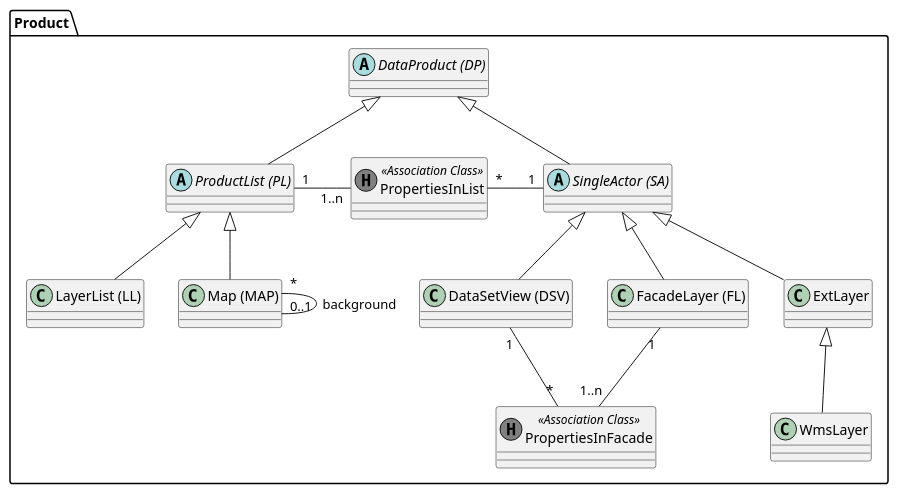
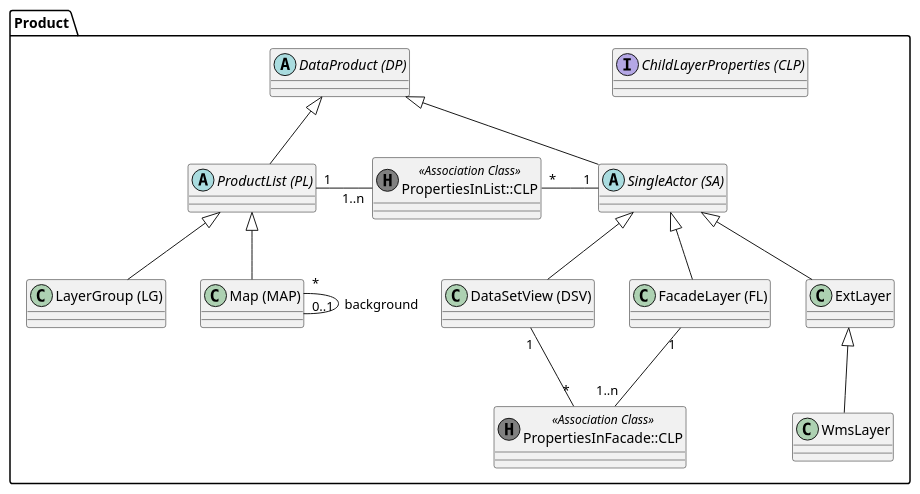
Before and after one commit to sogis/simi: the diagram in code/doc/puml/src/product.puml, drawn with PlantUML. The commit also changed 4 other files, not shown here.

```diff
--- a/code/doc/puml/src/product.puml
+++ b/code/doc/puml/src/product.puml
@@ -1,39 +1,40 @@
 @startuml
 package Product {
+  interface "ChildLayerProperties (CLP)" as clp
   abstract class "DataProduct (DP)" as dp
 
   abstract class "ProductList (PL)" as pl
-  class "LayerList (LL)" as ll
+  class "LayerGroup (LG)" as lg
   class "Map (MAP)" as map
 
   abstract class "SingleActor (SA)" as sa
   class "FacadeLayer (FL)" as fl
   class "DataSetView (DSV)" as dsv
   class "ExtLayer" as el
   class "WmsLayer" as wl
 
-  class "PropertiesInFacade" as pif << (H, grey) Association Class >>
-  class "PropertiesInList" as pil << (H, grey) Association Class >>
+  class "PropertiesInFacade::CLP" as pif << (H, grey) Association Class >>
+  class "PropertiesInList::CLP" as pil << (H, grey) Association Class >>
 
   dp <|-- pl
 
-  pl <|-- ll
+  pl <|-- lg
   pl <|-- map
 
   dp <|-- sa
 
   sa <|-- dsv
   sa <|-- fl
   sa <|-- el
 
   el <|-- wl
 
   pl "1" -right- "1..n" pil : "      "
   pil "*" -right- "1" sa : "      "
 
   map "*" -- "0..1" map : "background"
 
   fl "1" -- "1..n" pif : "      "
   pif "*" -up- "1" dsv : "      "
 }
 @enduml
```
